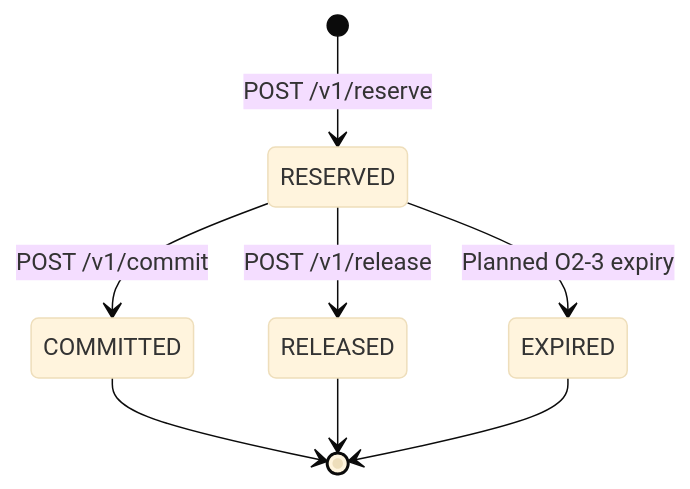
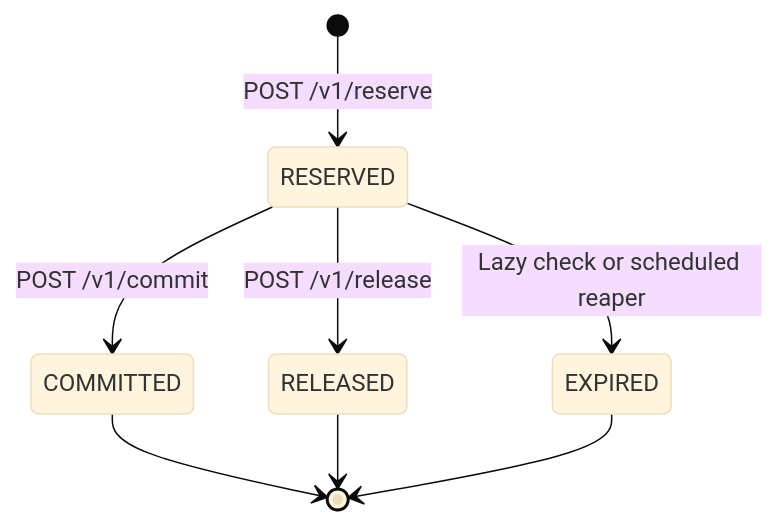
One commit to G1DO/distributed-ledger changed the diagram in docs/architecture/overview.md. Above: the diagram before and after it, drawn with Mermaid (base theme). The commit also changed other lines of this file and 12 other files, not shown here.

````diff
--- a/docs/architecture/overview.md
+++ b/docs/architecture/overview.md
@@ -55,10 +56,10 @@
 ```mermaid
 stateDiagram-v2
     [*] --> RESERVED: POST /v1/reserve
     RESERVED --> COMMITTED: POST /v1/commit
     RESERVED --> RELEASED: POST /v1/release
-    RESERVED --> EXPIRED: Planned O2-3 expiry
+    RESERVED --> EXPIRED: Lazy check or scheduled reaper
     COMMITTED --> [*]
     RELEASED --> [*]
     EXPIRED --> [*]
 ```
````
